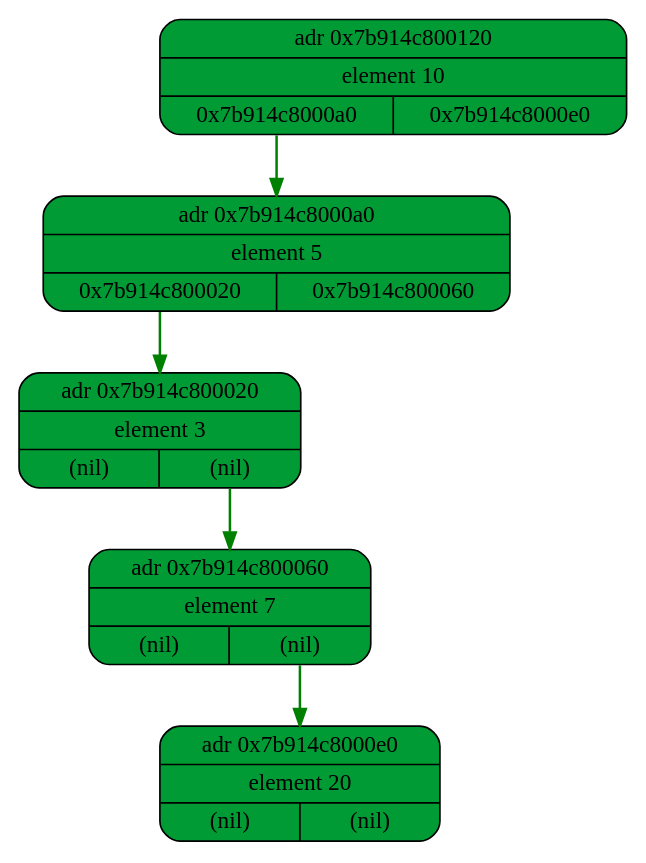
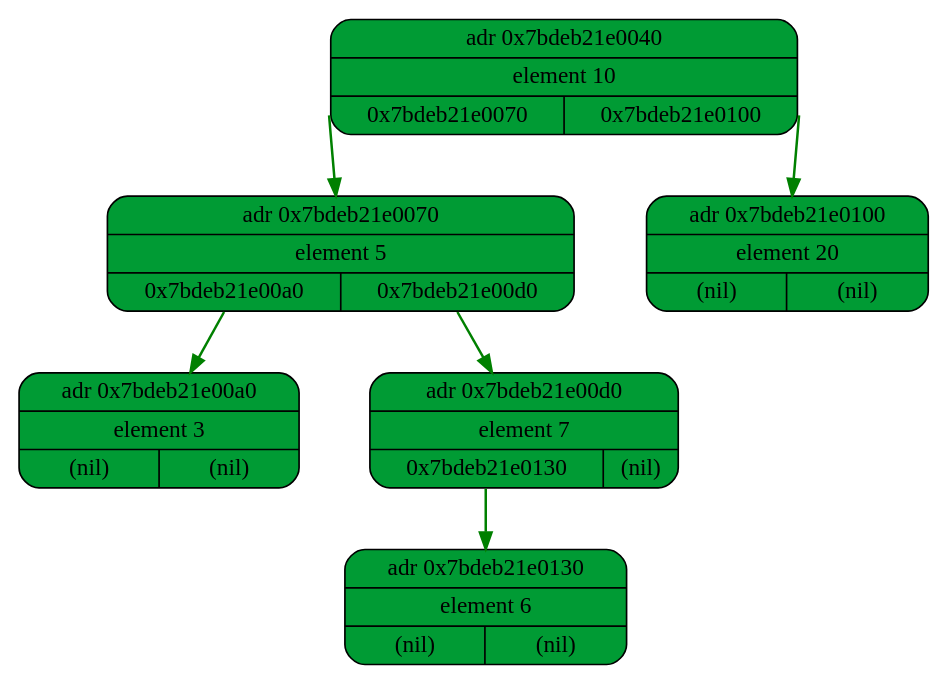
One commit to evanvd/tree changed the diagram in log/graphviz_file.dot. Above: the diagram before and after it, drawn with Graphviz. The commit also changed 12 other files, not shown here.

```diff
--- a/log/graphviz_file.dot
+++ b/log/graphviz_file.dot
@@ -1,14 +1,16 @@
 digraph {
 graph [rankdir=TB, splines=polyline, nodesep=0.6];
 node [shape=record, style="filled, rounded", fillcolor="#009b34ff", height=0.8];
 edge [color="#008000", penwidth=1.5, arrowhead = normal];
-node1 [label="{ adr 0x7b914c800120 | element 10 | {<L> 0x7b914c8000a0| <R> 0x7b914c8000e0}}"];
+node1 [label="{ adr 0x7bdeb21e0040 | element 10 | {<L> 0x7bdeb21e0070| <R> 0x7bdeb21e0100}}"];
 node1:<L>->node2
-node2 [label="{ adr 0x7b914c8000a0 | element 5 | {<L> 0x7b914c800020| <R> 0x7b914c800060}}"];
+node2 [label="{ adr 0x7bdeb21e0070 | element 5 | {<L> 0x7bdeb21e00a0| <R> 0x7bdeb21e00d0}}"];
 node2:<L>->node3
-node3 [label="{ adr 0x7b914c800020 | element 3 | {<L> (nil)| <R> (nil)}}"];
-node3:<R>->node4
-node4 [label="{ adr 0x7b914c800060 | element 7 | {<L> (nil)| <R> (nil)}}"];
-node4:<R>->node5
-node5 [label="{ adr 0x7b914c8000e0 | element 20 | {<L> (nil)| <R> (nil)}}"];
+node3 [label="{ adr 0x7bdeb21e00a0 | element 3 | {<L> (nil)| <R> (nil)}}"];
+node2:<R>->node4
+node4 [label="{ adr 0x7bdeb21e00d0 | element 7 | {<L> 0x7bdeb21e0130| <R> (nil)}}"];
+node4:<L>->node5
+node5 [label="{ adr 0x7bdeb21e0130 | element 6 | {<L> (nil)| <R> (nil)}}"];
+node1:<R>->node6
+node6 [label="{ adr 0x7bdeb21e0100 | element 20 | {<L> (nil)| <R> (nil)}}"];
 }
```
